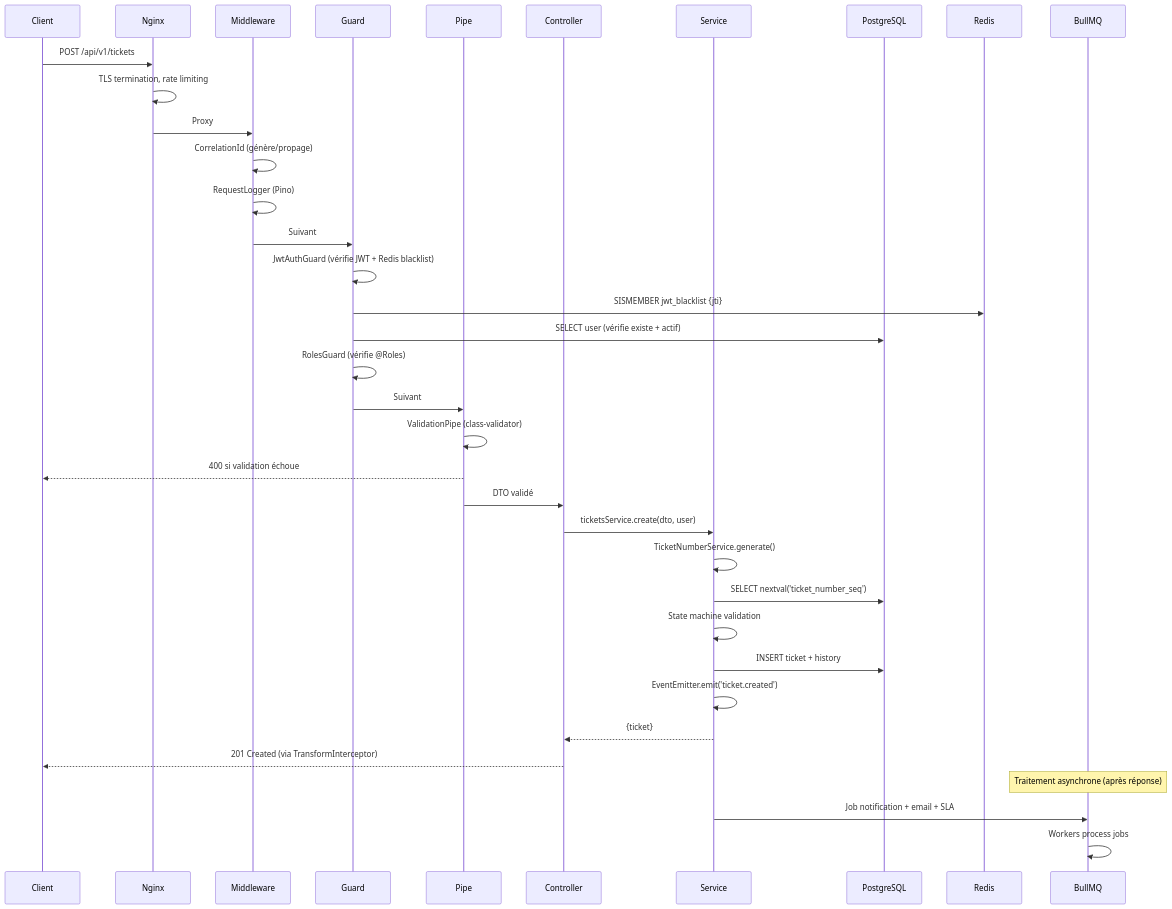
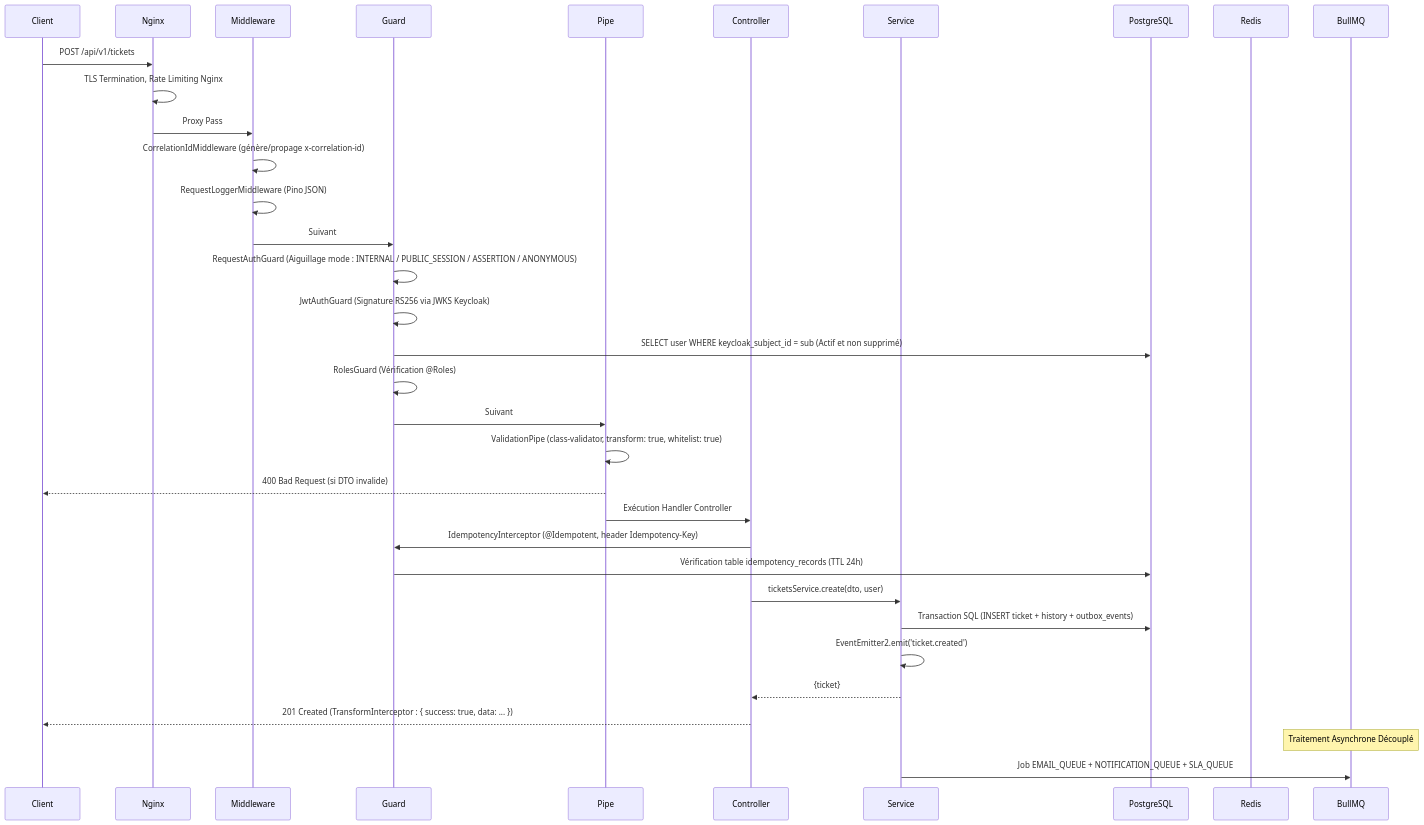
Before and after one commit to enockmigjr/Test-Backend-Telecom: the fourth of 14 diagrams in docs/architecture-flows.md, drawn with Mermaid. The commit also changed other lines of this file and 9 other files, not shown here.

````diff
--- a/docs/architecture-flows.md
+++ b/docs/architecture-flows.md
@@ -66,47 +110,45 @@
 ```mermaid
 sequenceDiagram
     participant Client
     participant Nginx
     participant Middleware
     participant Guard
     participant Pipe
     participant Controller
     participant Service
-    participant PostgreSQL
+    participant DB as PostgreSQL
     participant Redis
     participant BullMQ
 
     Client->>Nginx: POST /api/v1/tickets
-    Nginx->>Nginx: TLS termination, rate limiting
-    Nginx->>Middleware: Proxy
+    Nginx->>Nginx: TLS Termination, Rate Limiting Nginx
+    Nginx->>Middleware: Proxy Pass
 
-    Middleware->>Middleware: CorrelationId (génère/propage)
-    Middleware->>Middleware: RequestLogger (Pino)
+    Middleware->>Middleware: CorrelationIdMiddleware (génère/propage x-correlation-id)
+    Middleware->>Middleware: RequestLoggerMiddleware (Pino JSON)
 
     Middleware->>Guard: Suivant
 
-    Guard->>Guard: JwtAuthGuard (vérifie JWT + Redis blacklist)
-    Guard->>Redis: SISMEMBER jwt_blacklist {jti}
-    Guard->>PostgreSQL: SELECT user (vérifie existe + actif)
-    Guard->>Guard: RolesGuard (vérifie @Roles)
+    Guard->>Guard: RequestAuthGuard (Aiguillage mode : INTERNAL / PUBLIC_SESSION / ASSERTION / ANONYMOUS)
+    Guard->>Guard: JwtAuthGuard (Signature RS256 via JWKS Keycloak)
+    Guard->>DB: SELECT user WHERE keycloak_subject_id = sub (Actif et non supprimé)
+    Guard->>Guard: RolesGuard (Vérification @Roles)
 
     Guard->>Pipe: Suivant
-    Pipe->>Pipe: ValidationPipe (class-validator)
-    Pipe-->>Client: 400 si validation échoue
+    Pipe->>Pipe: ValidationPipe (class-validator, transform: true, whitelist: true)
+    Pipe-->>Client: 400 Bad Request (si DTO invalide)
 
-    Pipe->>Controller: DTO validé
+    Pipe->>Controller: Exécution Handler Controller
+    Controller->>Guard: IdempotencyInterceptor (@Idempotent, header Idempotency-Key)
+    Guard->>DB: Vérification table idempotency_records (TTL 24h)
     Controller->>Service: ticketsService.create(dto, user)
 
-    Service->>Service: TicketNumberService.generate()
-    Service->>PostgreSQL: SELECT nextval('ticket_number_seq')
-    Service->>Service: State machine validation
-    Service->>PostgreSQL: INSERT ticket + history
-    Service->>Service: EventEmitter.emit('ticket.created')
+    Service->>DB: Transaction SQL (INSERT ticket + history + outbox_events)
+    Service->>Service: EventEmitter2.emit('ticket.created')
     Service-->>Controller: {ticket}
 
-    Controller-->>Client: 201 Created (via TransformInterceptor)
+    Controller-->>Client: 201 Created (TransformInterceptor : { success: true, data: ... })
 
-    Note over BullMQ: Traitement asynchrone (après réponse)
-    Service->>BullMQ: Job notification + email + SLA
-    BullMQ->>BullMQ: Workers process jobs
+    Note over BullMQ: Traitement Asynchrone Découplé
+    Service->>BullMQ: Job EMAIL_QUEUE + NOTIFICATION_QUEUE + SLA_QUEUE
 ```
````
